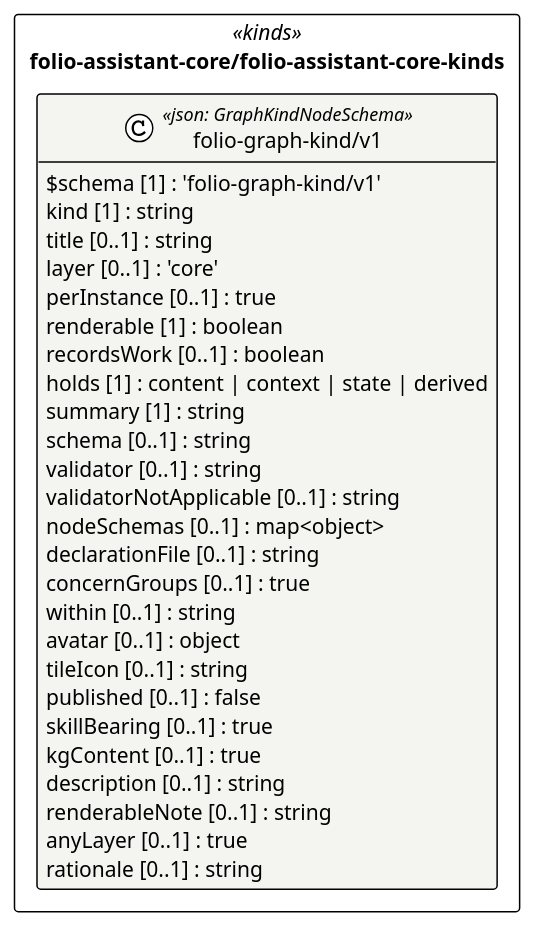
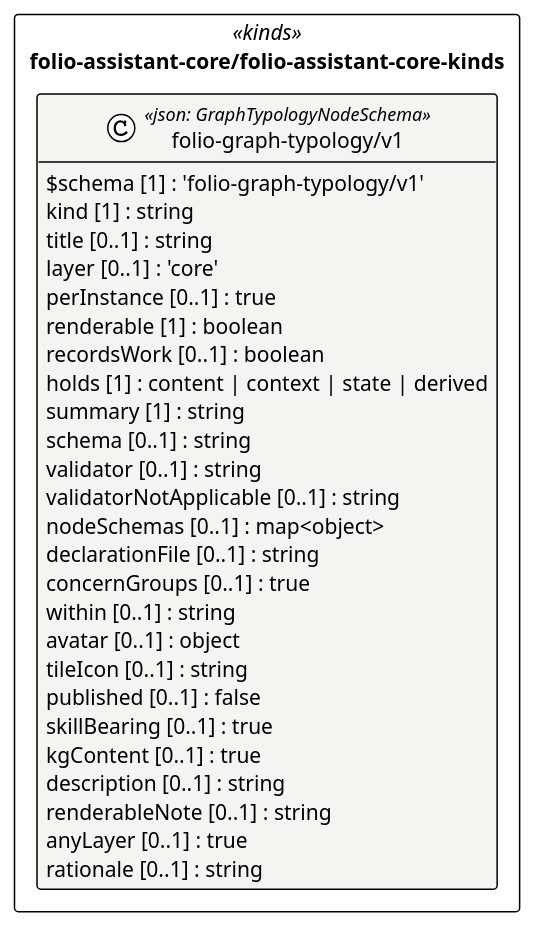
Before and after one commit to litlfred/folio-assistant: the diagram in cat-harness/uml/overview/folio-assistant-core/folio-assistant-core-kinds.puml, drawn with PlantUML. The commit also changed 1369 other files, not shown here.

First line of the commit message:
Rename "graph kind" to "graph typology", everywhere, no alias (#2200)

```diff
--- a/cat-harness/uml/overview/folio-assistant-core/folio-assistant-core-kinds.puml
+++ b/cat-harness/uml/overview/folio-assistant-core/folio-assistant-core-kinds.puml
@@ -3,39 +3,39 @@
 @startuml folio_assistant_core_folio_assistant_core_kinds
 !pragma layout elk
 !theme plain
 skinparam classAttributeIconSize 0
 skinparam shadowing false
 skinparam packageStyle rectangle
 hide empty methods
 
 package "folio-assistant-core/folio-assistant-core-kinds" as pkg_folio_assistant_core_folio_assistant_core_kinds <<kinds>> {
-  class "folio-graph-kind/v1" as folio_assistant_core_folio_assistant_core_kinds_folio_graph_kind_v1_folio_graph_kind_v1 <<json: GraphKindNodeSchema>> #f4f4f1 {
-    $schema [1] : 'folio-graph-kind/v1'
+  class "folio-graph-typology/v1" as folio_assistant_core_folio_assistant_core_kinds_folio_graph_typology_v1_folio_graph_typology_v1 <<json: GraphTypologyNodeSchema>> #f4f4f1 {
+    $schema [1] : 'folio-graph-typology/v1'
     kind [1] : string
     title [0..1] : string
     layer [0..1] : 'core'
     perInstance [0..1] : true
     renderable [1] : boolean
     recordsWork [0..1] : boolean
     holds [1] : content | context | state | derived
     summary [1] : string
     schema [0..1] : string
     validator [0..1] : string
     validatorNotApplicable [0..1] : string
     nodeSchemas [0..1] : map<object>
     declarationFile [0..1] : string
     concernGroups [0..1] : true
     within [0..1] : string
     avatar [0..1] : object
     tileIcon [0..1] : string
     published [0..1] : false
     skillBearing [0..1] : true
     kgContent [0..1] : true
     description [0..1] : string
     renderableNote [0..1] : string
     anyLayer [0..1] : true
     rationale [0..1] : string
   }
 }
 
 @enduml
```
